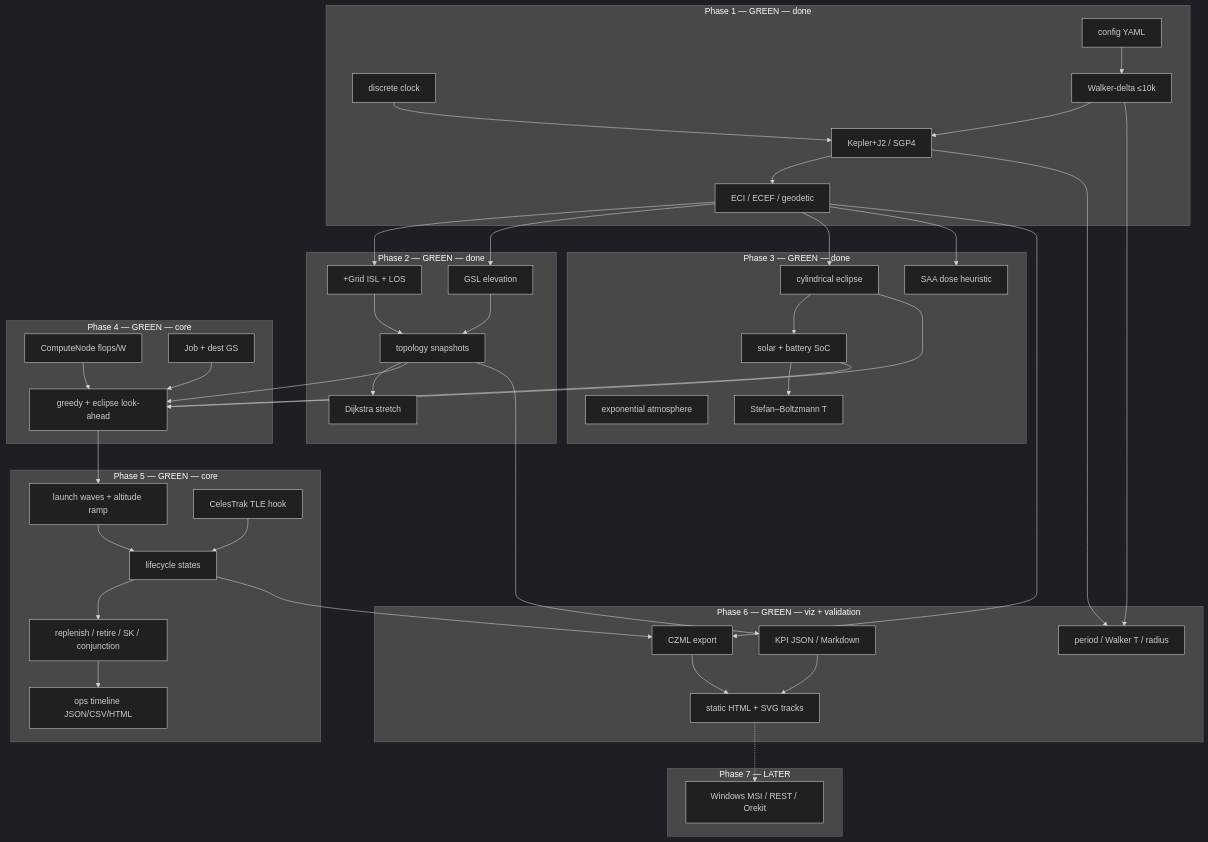
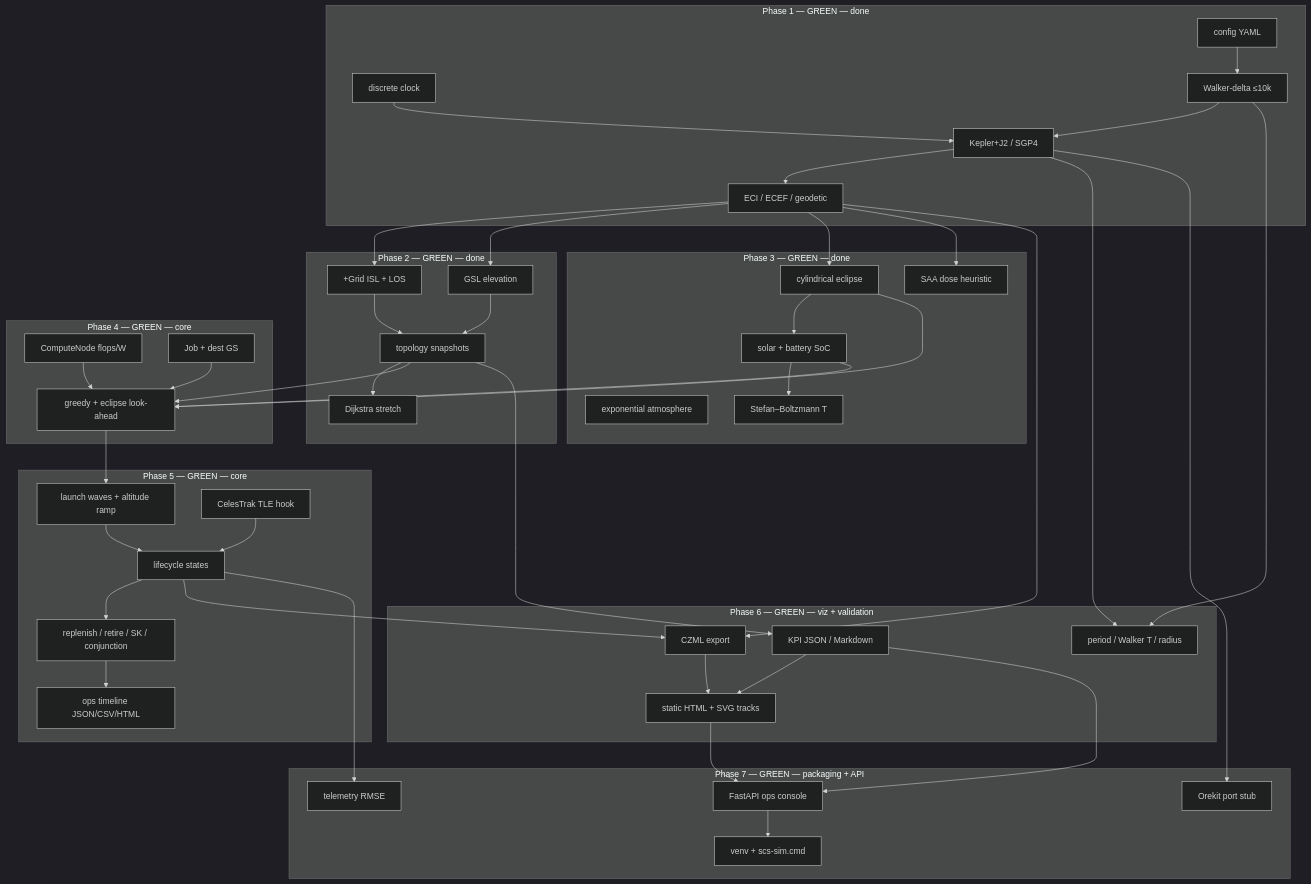
The diagram in docs/ARCHITECTURE.md (XuqiangL/scs-sim), drawn with Mermaid (dark theme) before and after one commit. The commit also changed other lines of this file and 35 other files, not shown here.

First line of the commit message:
Phase 7: local ops API, twin compare, Orekit stub, Windows venv.

````diff
--- a/docs/ARCHITECTURE.md
+++ b/docs/ARCHITECTURE.md
@@ -56,8 +56,11 @@
         VAL["period / Walker T / radius"]
     end
 
-    subgraph P7["Phase 7 — LATER"]
-        MSI["Windows MSI / REST / Orekit"]
+    subgraph P7["Phase 7 — GREEN — packaging + API"]
+        API["FastAPI ops console"]
+        WIN["venv + scs-sim.cmd"]
+        TWIN["telemetry RMSE"]
+        ORK["Orekit port stub"]
     end
 
     CFG --> WAL --> ORB --> FRM
@@ -84,5 +87,9 @@
     KPI --> HTML
     ORB --> VAL
     WAL --> VAL
-    HTML -.-> MSI
+    HTML --> API
+    KPI --> API
+    LIF --> TWIN
+    ORB --> ORK
+    API --> WIN
 ```
````
